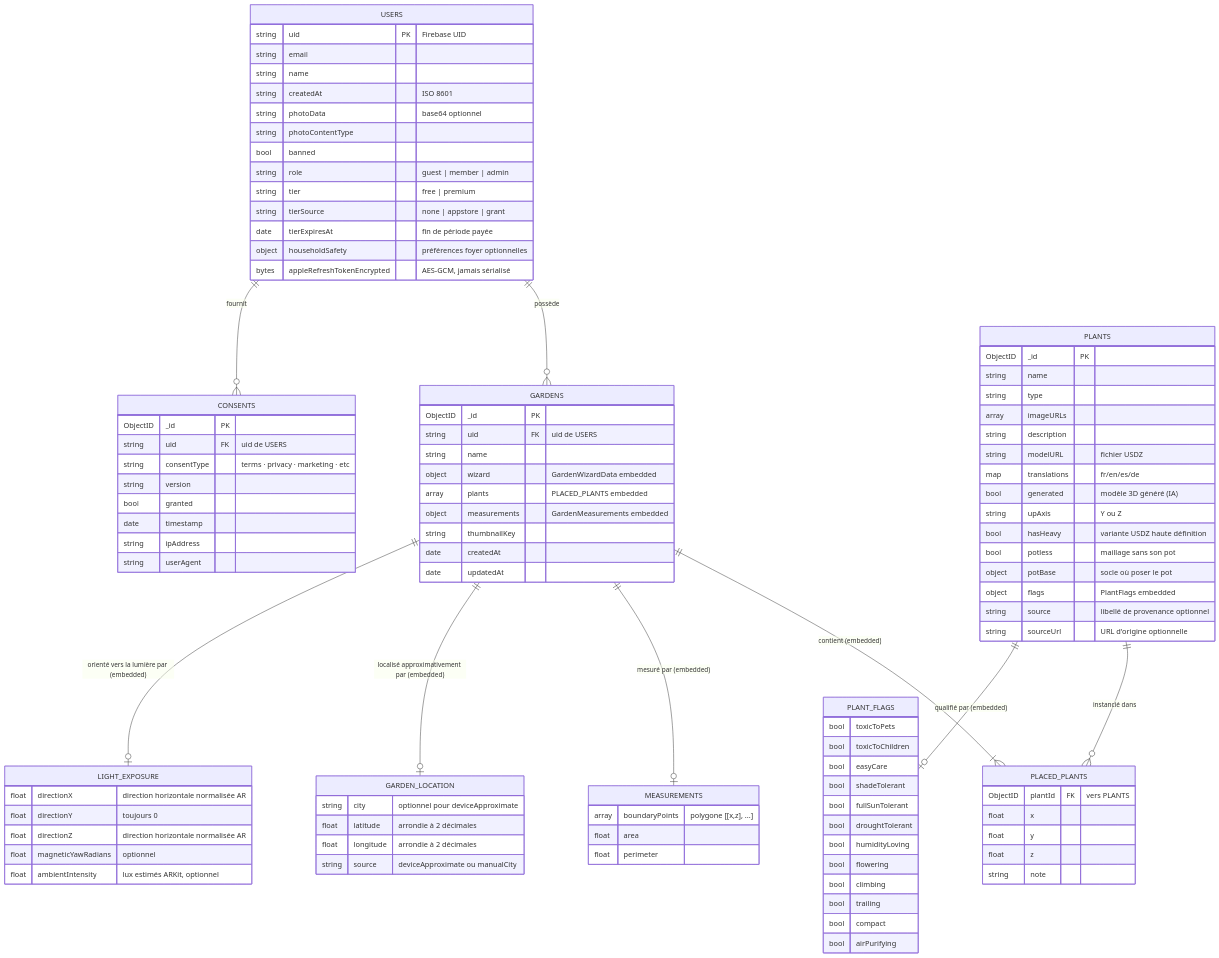
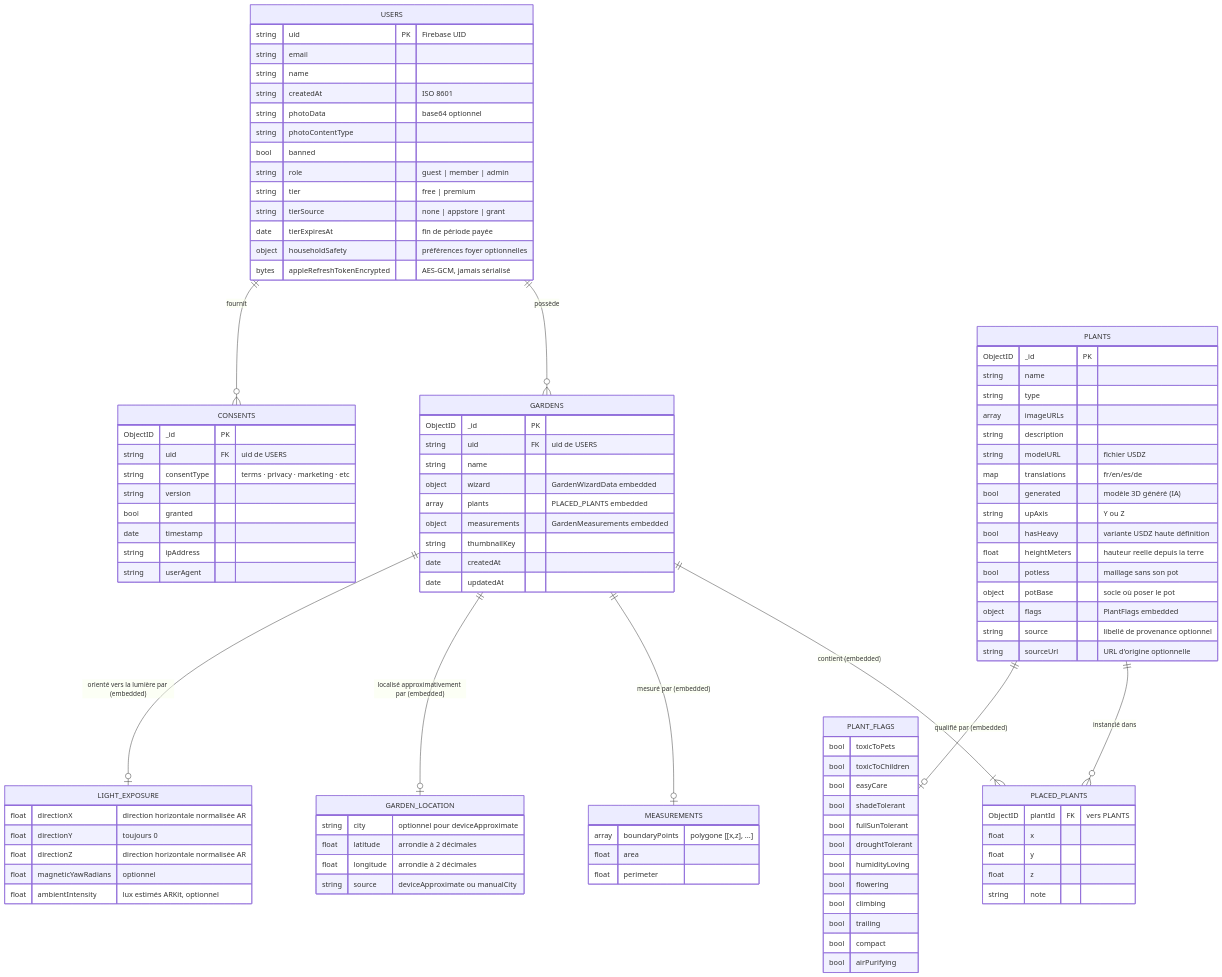
The diagram in docs/fr/architecture/04-data-model.md (ArboreTeam/Arbore), drawn with Mermaid before and after one commit. The commit also changed other lines of this file and 6 other files, not shown here.

```diff
--- a/docs/fr/architecture/04-data-model.md
+++ b/docs/fr/architecture/04-data-model.md
@@ -46,6 +46,7 @@
         bool   generated "modèle 3D généré (IA)"
         string upAxis "Y ou Z"
         bool   hasHeavy "variante USDZ haute définition"
+        float  heightMeters "hauteur reelle depuis la terre"
         bool   potless "maillage sans son pot"
         object potBase "socle où poser le pot"
         object flags "PlantFlags embedded"
```
